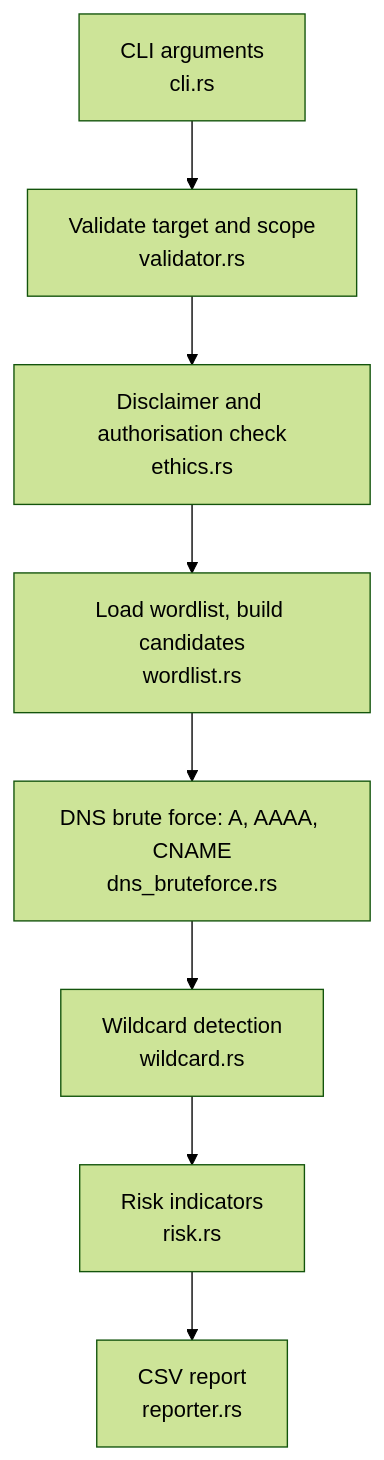
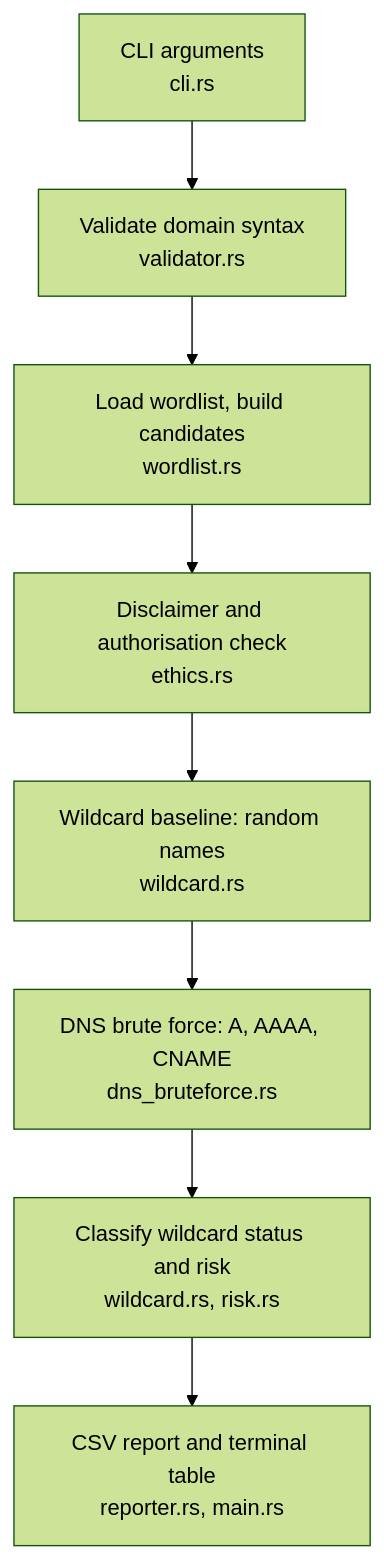
The second of 2 diagrams in README.md (Dannyz15/SubHunter), drawn with Mermaid (forest theme) before and after one commit. The commit also changed other lines of this file, not shown here.

````diff
--- a/README.md
+++ b/README.md
@@ -49,10 +49,10 @@
 ```mermaid
 flowchart TD
-    CLI[CLI arguments<br/>cli.rs] --> VAL[Validate target and scope<br/>validator.rs]
-    VAL --> ETH[Disclaimer and authorisation check<br/>ethics.rs]
-    ETH --> WL[Load wordlist, build candidates<br/>wordlist.rs]
-    WL --> DNS[DNS brute force: A, AAAA, CNAME<br/>dns_bruteforce.rs]
-    DNS --> WC[Wildcard detection<br/>wildcard.rs]
-    WC --> RISK[Risk indicators<br/>risk.rs]
-    RISK --> CSV[CSV report<br/>reporter.rs]
+    CLI[CLI arguments<br/>cli.rs] --> VAL[Validate domain syntax<br/>validator.rs]
+    VAL --> WL[Load wordlist, build candidates<br/>wordlist.rs]
+    WL --> ETH[Disclaimer and authorisation check<br/>ethics.rs]
+    ETH --> BASE[Wildcard baseline: random names<br/>wildcard.rs]
+    BASE --> DNS[DNS brute force: A, AAAA, CNAME<br/>dns_bruteforce.rs]
+    DNS --> CLS[Classify wildcard status and risk<br/>wildcard.rs, risk.rs]
+    CLS --> CSV[CSV report and terminal table<br/>reporter.rs, main.rs]
 ```
````
